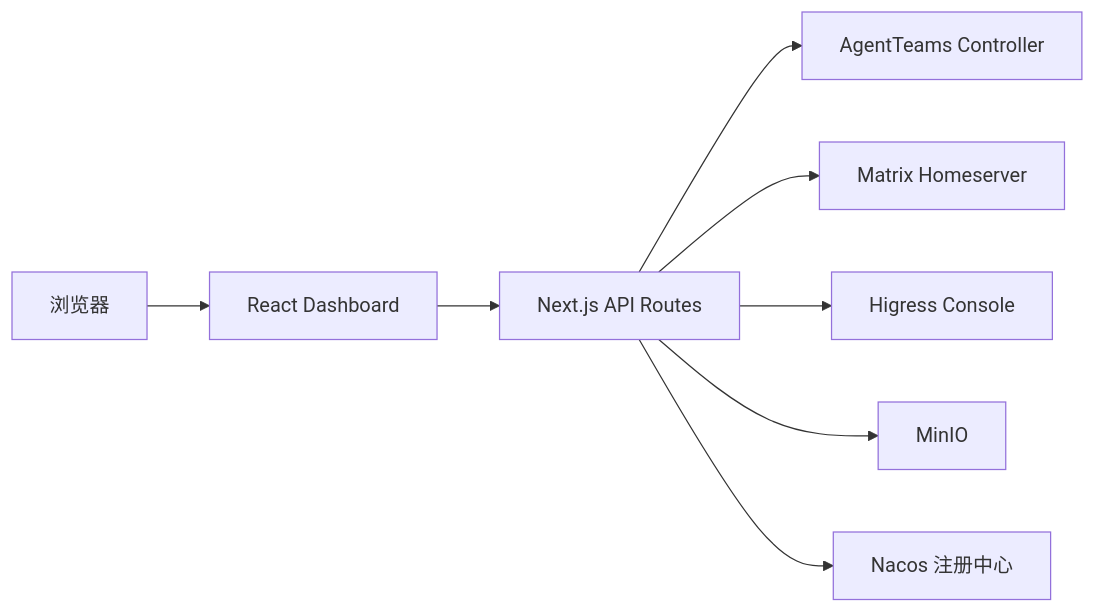
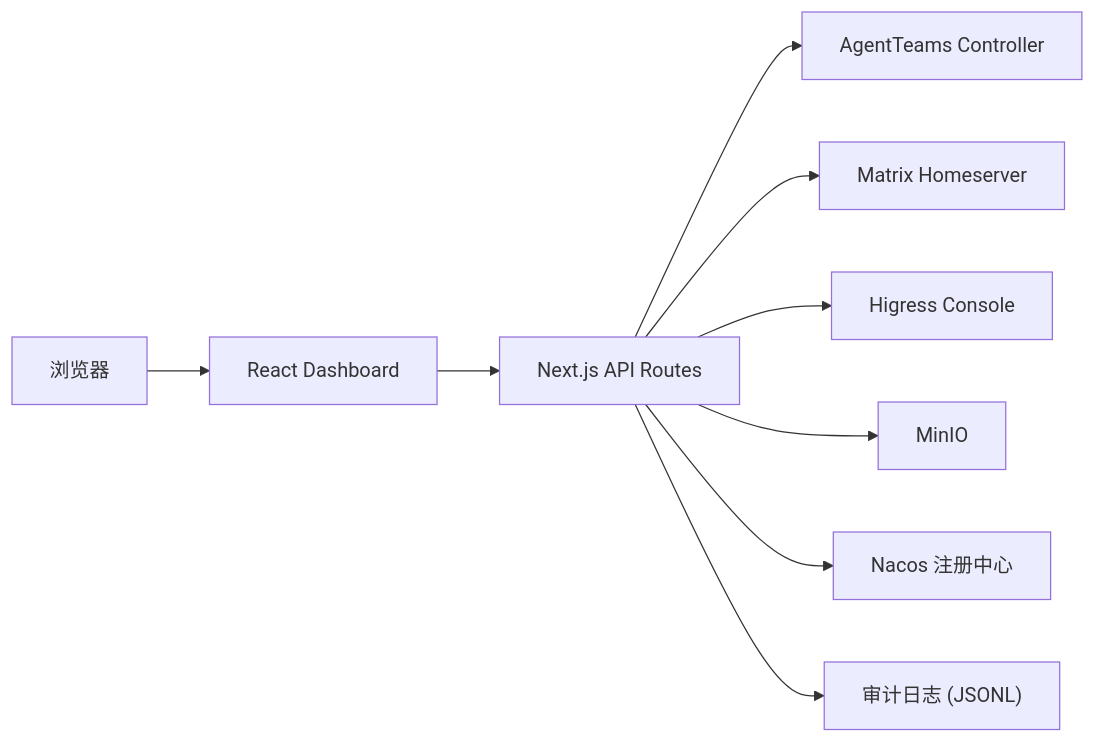
Before and after one commit to agentteams-group/agentteams-dashboard: the diagram in docs/ARCHITECTURE.md, drawn with Mermaid. The commit also changed other lines of this file and 84 other files, not shown here.

````diff
--- a/docs/ARCHITECTURE.md
+++ b/docs/ARCHITECTURE.md
@@ -107,10 +107,11 @@
 ```mermaid
 flowchart LR
   Browser["浏览器"] --> UI["React Dashboard"]
   UI --> API["Next.js API Routes"]
   API --> Controller["AgentTeams Controller"]
   API --> Matrix["Matrix Homeserver"]
   API --> Console["Higress Console"]
   API --> Storage["MinIO"]
   API --> Nacos["Nacos 注册中心"]
+  API --> AuditLog["审计日志 (JSONL)"]
 ```
````
